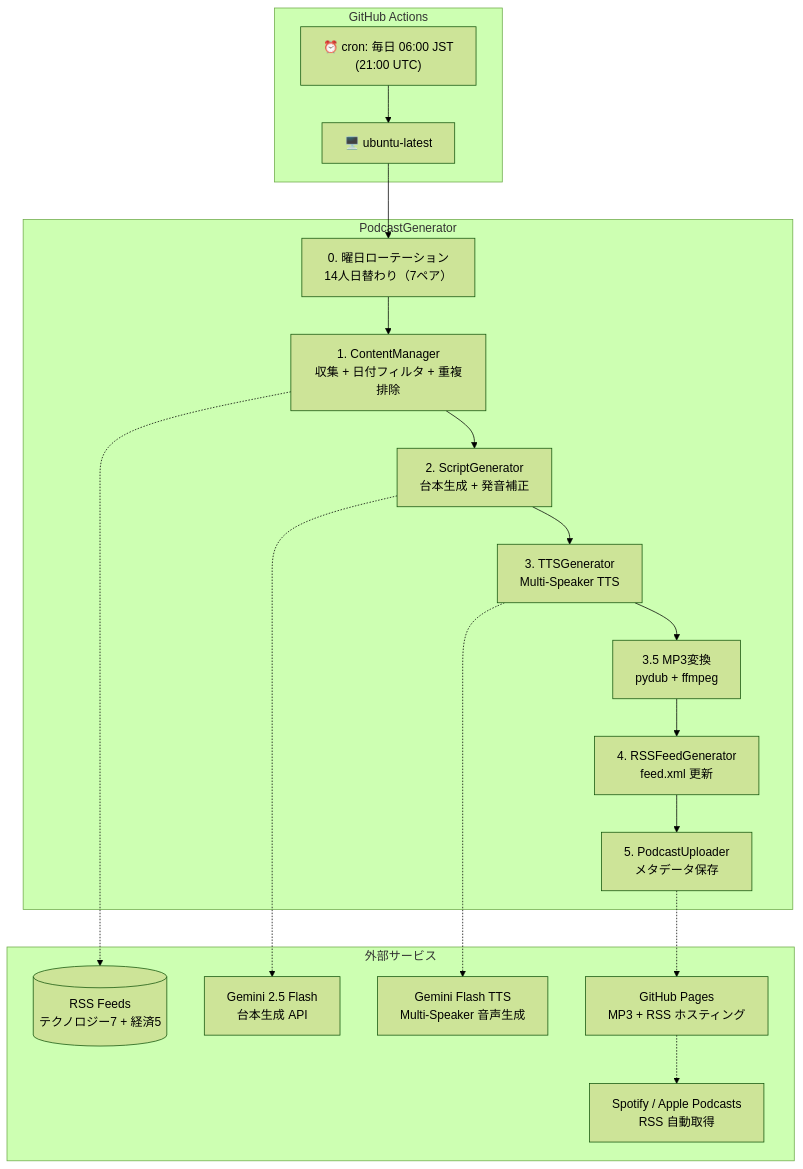
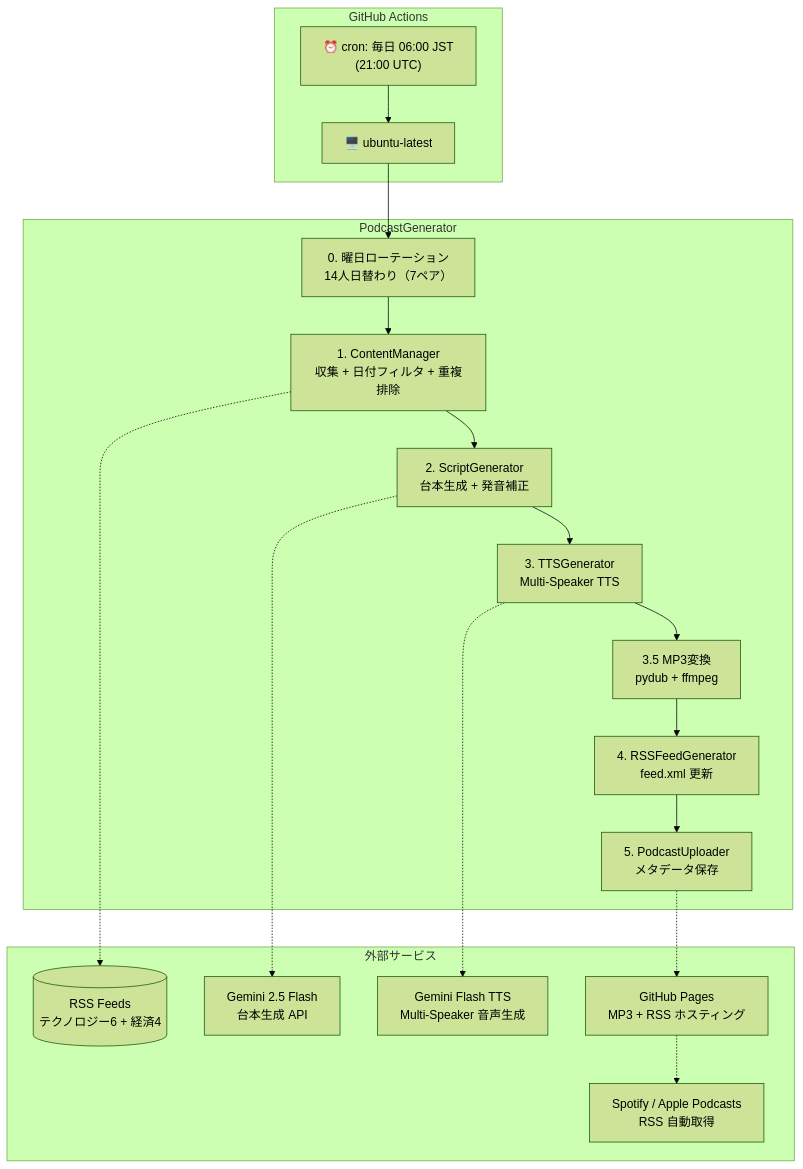
Before and after one commit to necoha/auto-podcast: the first of 4 diagrams in docs/HLD.md, drawn with Mermaid (forest theme). The commit also changed other lines of this file and 2 other files, not shown here.

````diff
--- a/docs/HLD.md
+++ b/docs/HLD.md
@@ -10,35 +10,35 @@
 ```mermaid
 flowchart TD
     subgraph CI["GitHub Actions"]
         Cron["⏰ cron: 毎日 06:00 JST<br/>(21:00 UTC)"]
         Runner["🖥️ ubuntu-latest"]
     end
 
     subgraph App["PodcastGenerator"]
         ROT["0. 曜日ローテーション<br/>14人日替わり（7ペア）"]
         CM["1. ContentManager<br/>収集 + 日付フィルタ + 重複排除"]
         SG["2. ScriptGenerator<br/>台本生成 + 発音補正"]
         TTS["3. TTSGenerator<br/>Multi-Speaker TTS"]
         MP3["3.5 MP3変換<br/>pydub + ffmpeg"]
         RGEN["4. RSSFeedGenerator<br/>feed.xml 更新"]
         UP["5. PodcastUploader<br/>メタデータ保存"]
     end
 
     subgraph External["外部サービス"]
-        RSS[("RSS Feeds<br/>テクノロジー7 + 経済5")]
+        RSS[("RSS Feeds<br/>テクノロジー6 + 経済4")]
         GeminiLLM["Gemini 2.5 Flash<br/>台本生成 API"]
         GeminiTTS["Gemini Flash TTS<br/>Multi-Speaker 音声生成"]
         GHP["GitHub Pages<br/>MP3 + RSS ホスティング"]
         Spotify["Spotify / Apple Podcasts<br/>RSS 自動取得"]
     end
 
     Cron --> Runner
     Runner --> ROT --> CM
     CM --> SG --> TTS --> MP3 --> RGEN --> UP
 
     CM -.-> RSS
     SG -.-> GeminiLLM
     TTS -.-> GeminiTTS
     UP -.-> GHP
     GHP -.-> Spotify
 ```
````
